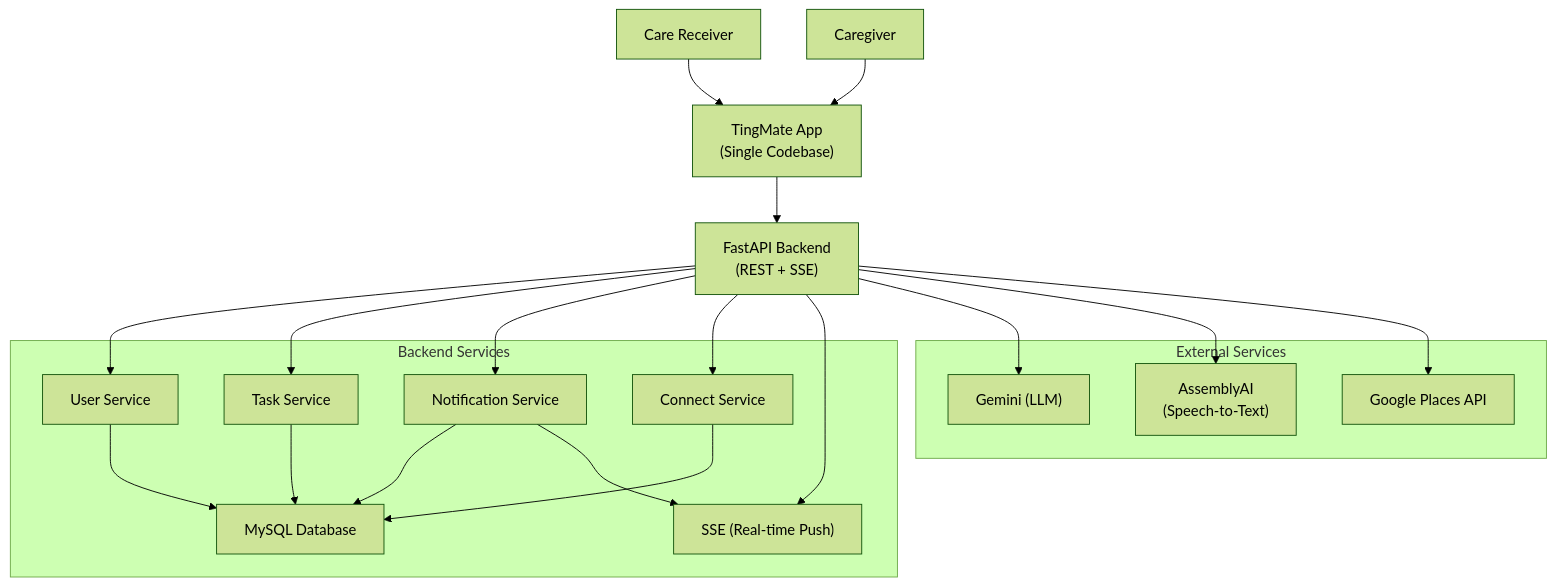
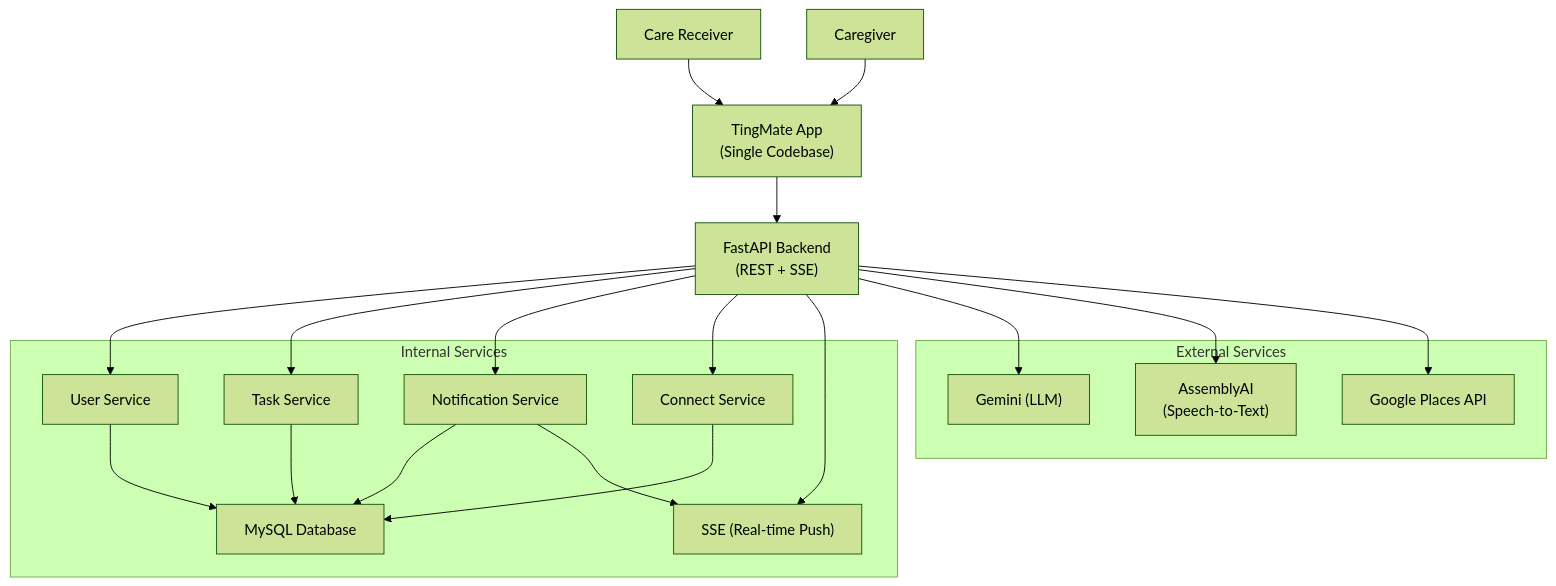
One commit to vivi2393142/ting-mate-backend changed the diagram in README.md. Above: the diagram before and after it, drawn with Mermaid (forest theme).

Commit message:
docs: update chart

````diff
--- a/README.md
+++ b/README.md
@@ -19,28 +19,28 @@
 ```mermaid
 flowchart TD
- subgraph Backend["Backend Services"]
+ subgraph Internal["Internal Services"]
         UserService["User Service"]
         TaskService["Task Service"]
         NotificationService["Notification Service"]
         ConnectService["Connect Service"]
         SSE["SSE (Real-time Push)"]
         DB["MySQL Database"]
   end
   subgraph External["External Services"]
         Gemini["Gemini (LLM)"]
         Assembly["AssemblyAI\n(Speech-to-Text)"]
         GoogleAPI["Google Places API"]
   end
 
     CareReceiver["Care Receiver"] --> App["TingMate App\n(Single Codebase)"]
     Caregiver["Caregiver"] --> App
     App --> BackendAPI["FastAPI Backend\n(REST + SSE)"]
     UserService --> DB
     TaskService --> DB
     NotificationService --> DB & SSE
     ConnectService --> DB
     BackendAPI --> UserService & TaskService & NotificationService & ConnectService & SSE
     BackendAPI --> Gemini
     BackendAPI --> Assembly
     BackendAPI --> GoogleAPI
 ```
````
